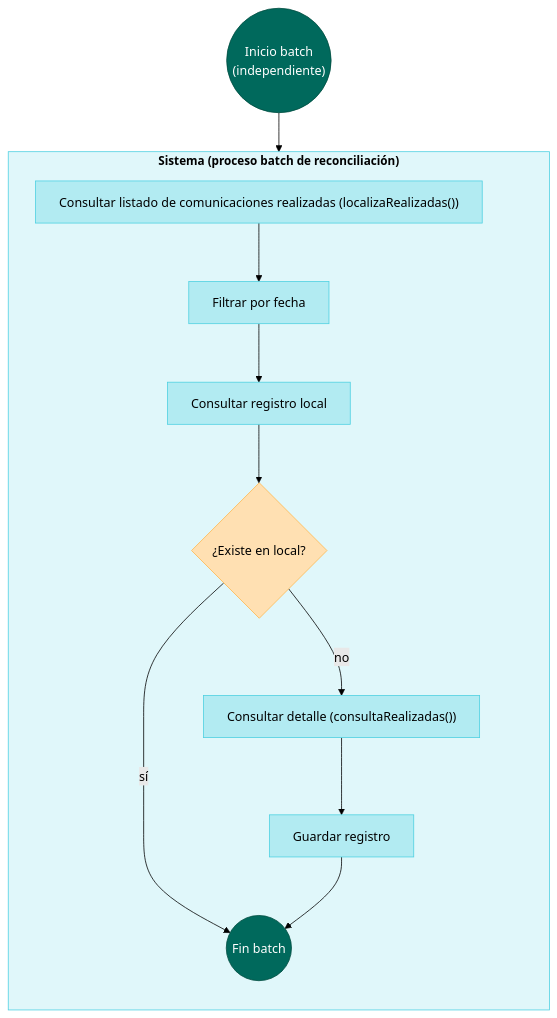
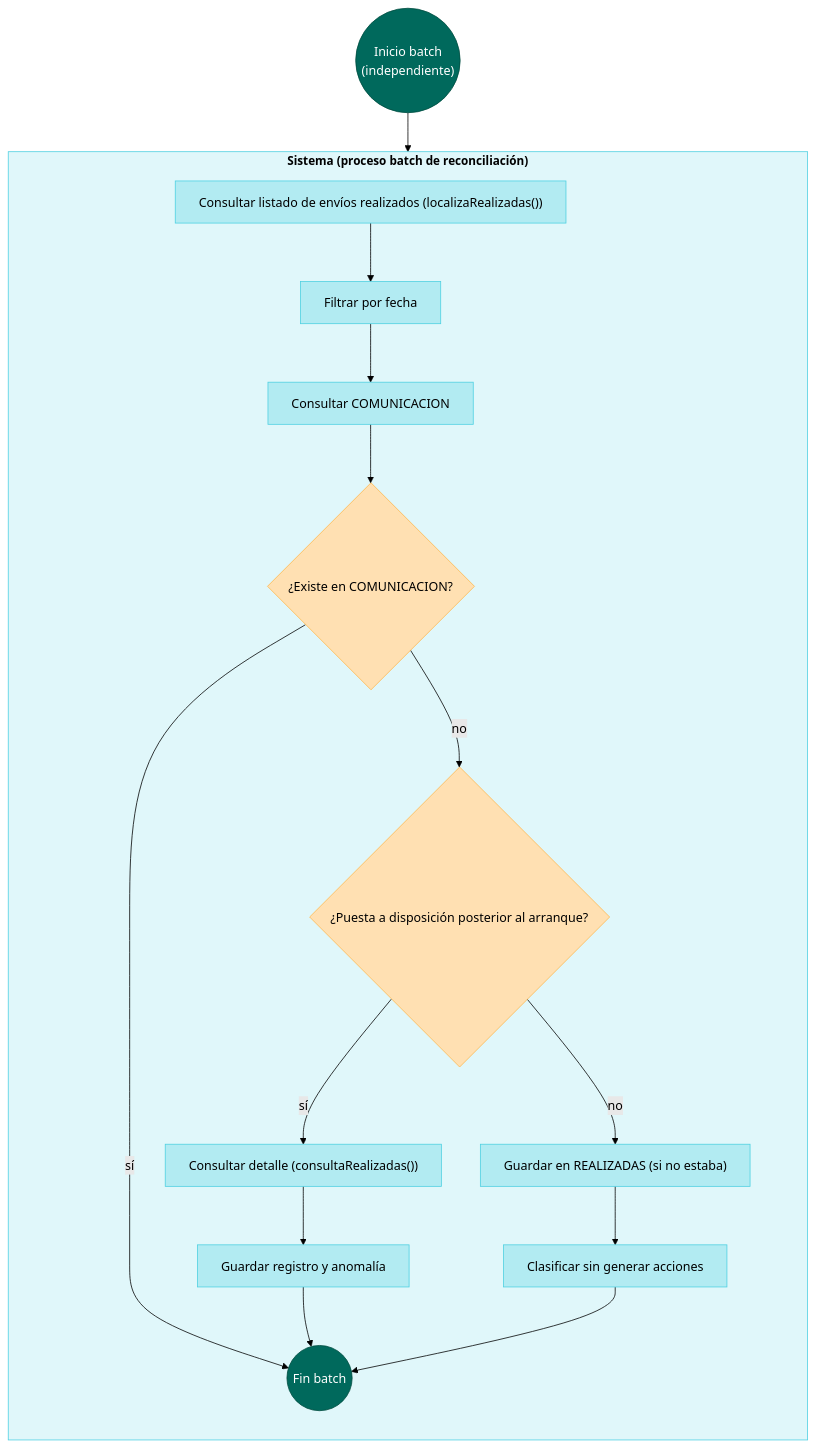
The sixth of 6 diagrams in Diagramas/Diagramas_de_flujo.md (XIN917/TFM), drawn with Mermaid (forest theme) before and after one commit. The commit also changed other lines of this file and 11 other files, not shown here.

````diff
--- a/Diagramas/Diagramas_de_flujo.md
+++ b/Diagramas/Diagramas_de_flujo.md
@@ -277,31 +273,36 @@
 ```mermaid
 %%{init: {"flowchart": {"wrappingWidth": 600}}}%%
 flowchart TD
     rstart(("Inicio batch<br>(independiente)")) --> r1
 
     subgraph BATCH["Sistema (proceso batch de reconciliación)"]
         direction TB
-        r1["Consultar listado de comunicaciones realizadas (localizaRealizadas())"]
+        r1["Consultar listado de envíos realizados (localizaRealizadas())"]
         r2["Filtrar por fecha"]
-        r3["Consultar registro local"]
-        decR1{"¿Existe en local?"}
+        r3["Consultar COMUNICACION"]
+        decR1{"¿Existe en COMUNICACION?"}
+        decR2{"¿Puesta a disposición posterior al arranque?"}
         r4["Consultar detalle (consultaRealizadas())"]
-        r5["Guardar registro"]
+        r5["Guardar registro y anomalía"]
+        r6["Guardar en REALIZADAS (si no estaba)"]
+        r7["Clasificar sin generar acciones"]
 
         r1 --> r2 --> r3 --> decR1
         decR1 -->|sí| rstop
-        decR1 -->|no| r4 --> r5 --> rstop
+        decR1 -->|no| decR2
+        decR2 -->|sí| r4 --> r5 --> rstop
+        decR2 -->|no| r6 --> r7 --> rstop
     end
 
     rstop(("Fin batch"))
 
     style BATCH fill:#E0F7FA,stroke:#4DD0E1,color:#000000,font-weight:bold,font-size:15px
 
     classDef processBatch fill:#B2EBF2,stroke:#4DD0E1,color:#000000;
     classDef decision fill:#FFE0B2,stroke:#FFB74D,color:#000000;
     classDef terminalBatch fill:#00695C,stroke:#004D40,color:#ffffff;
 
-    class r1,r2,r3,r4,r5 processBatch
-    class decR1 decision
+    class r1,r2,r3,r4,r5,r6,r7 processBatch
+    class decR1,decR2 decision
     class rstart,rstop terminalBatch
 ```
````
